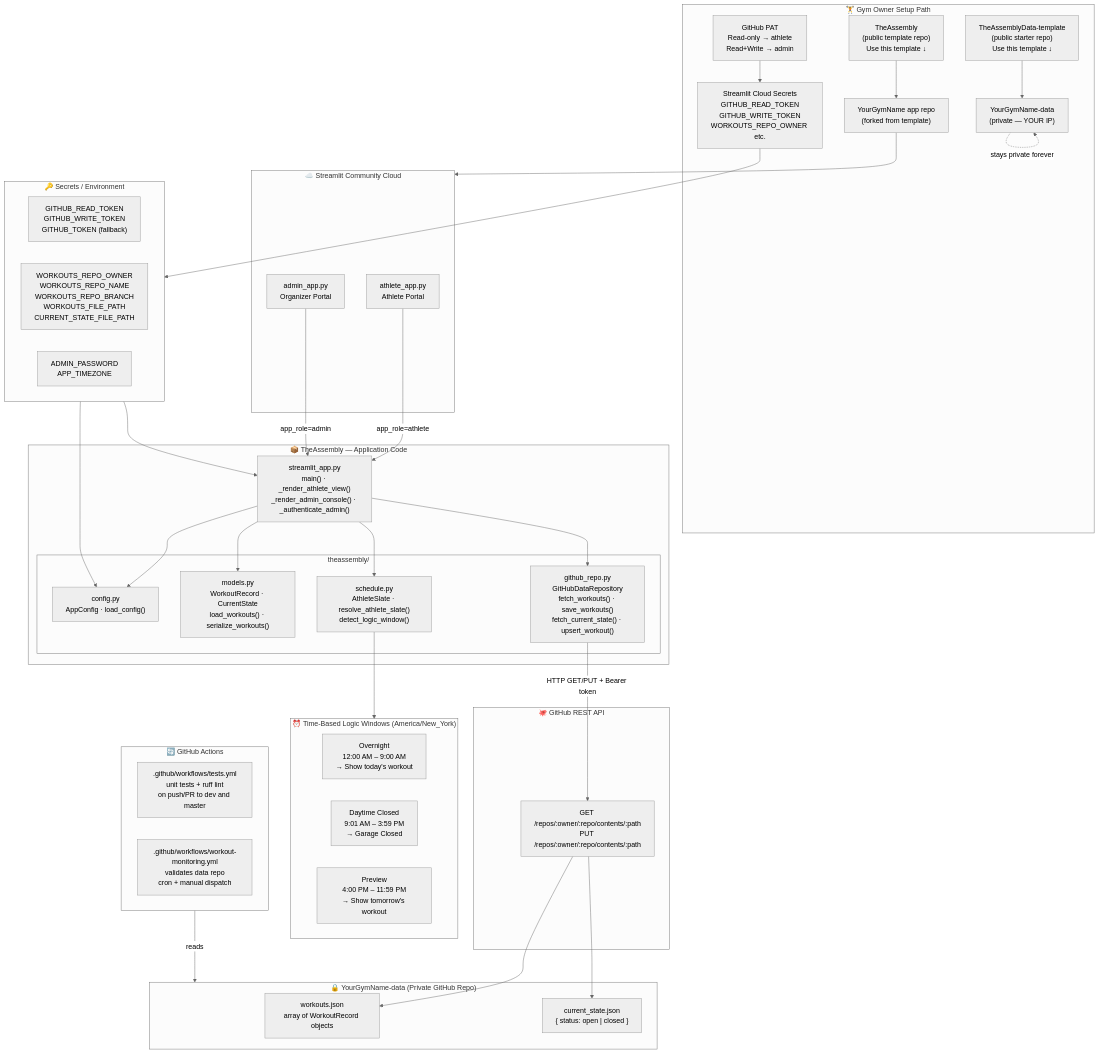
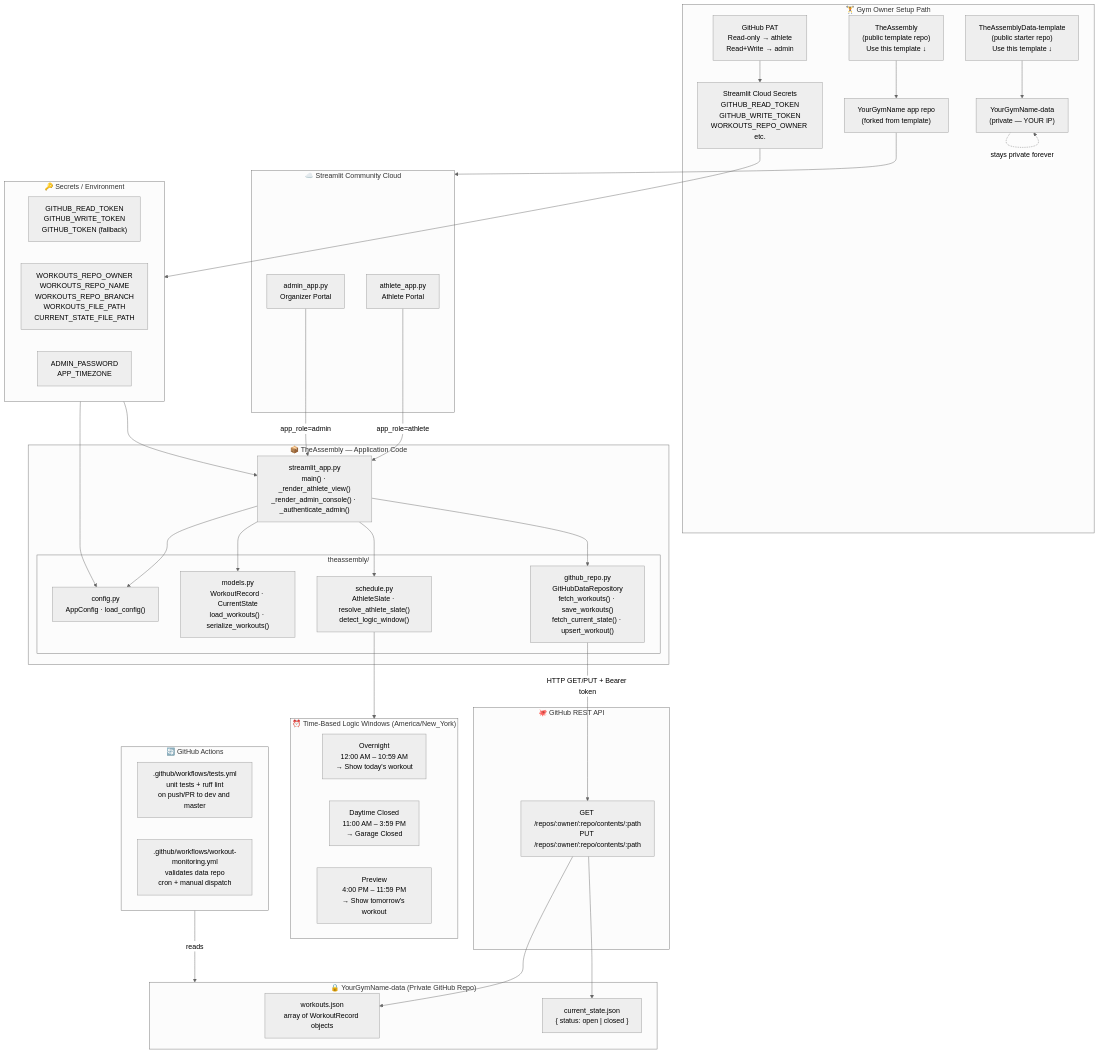
The diagram in README.md (vamsiyadavalli/TheAssembly), drawn with Mermaid (neutral theme) before and after one commit. The commit also changed other lines of this file and 4 other files, not shown here.

````diff
--- a/README.md
+++ b/README.md
@@ -7,72 +7,72 @@
 ```mermaid
 graph TD
     subgraph GymOwnerSetup["🏋️ Gym Owner Setup Path"]
         Template["TheAssembly\n(public template repo)\nUse this template ↓"]
         DataTemplate["TheAssemblyData-template\n(public starter repo)\nUse this template ↓"]
         GymRepo["YourGymName app repo\n(forked from template)"]
         GymData["YourGymName-data\n(private — YOUR IP)"]
         PAT["GitHub PAT\nRead-only → athlete\nRead+Write → admin"]
         StreamlitSecrets["Streamlit Cloud Secrets\nGITHUB_READ_TOKEN\nGITHUB_WRITE_TOKEN\nWORKOUTS_REPO_OWNER etc."]
         Template --> GymRepo
         DataTemplate --> GymData
         PAT --> StreamlitSecrets
         GymData -.->|"stays private forever"| GymData
     end
 
     subgraph StreamlitCloud["☁️ Streamlit Community Cloud"]
         AthleteApp["athlete_app.py\nAthlete Portal"]
         AdminApp["admin_app.py\nOrganizer Portal"]
     end
 
     subgraph TheAssembly["📦 TheAssembly — Application Code"]
         StreamlitApp["streamlit_app.py\nmain() · _render_athlete_view()\n_render_admin_console() · _authenticate_admin()"]
         subgraph Package["theassembly/"]
             Config["config.py\nAppConfig · load_config()"]
             Models["models.py\nWorkoutRecord · CurrentState\nload_workouts() · serialize_workouts()"]
             GHRepo["github_repo.py\nGitHubDataRepository\nfetch_workouts() · save_workouts()\nfetch_current_state() · upsert_workout()"]
             Schedule["schedule.py\nAthleteSlate · resolve_athlete_slate()\ndetect_logic_window()"]
         end
     end
 
     subgraph PrivateDataRepo["🔒 YourGymName-data (Private GitHub Repo)"]
         WorkoutsJSON["workouts.json\narray of WorkoutRecord objects"]
         StateJSON["current_state.json\n{ status: open | closed }"]
     end
 
     subgraph GitHubAPI["🐙 GitHub REST API"]
         ContentsAPI["GET /repos/:owner/:repo/contents/:path\nPUT /repos/:owner/:repo/contents/:path"]
     end
 
     subgraph Secrets["🔑 Secrets / Environment"]
         Tokens["GITHUB_READ_TOKEN\nGITHUB_WRITE_TOKEN\nGITHUB_TOKEN (fallback)"]
         RepoCfg["WORKOUTS_REPO_OWNER\nWORKOUTS_REPO_NAME\nWORKOUTS_REPO_BRANCH\nWORKOUTS_FILE_PATH\nCURRENT_STATE_FILE_PATH"]
         AppCfg["ADMIN_PASSWORD\nAPP_TIMEZONE"]
     end
 
     subgraph TimeLogic["⏰ Time-Based Logic Windows (America/New_York)"]
-        Overnight["Overnight\n12:00 AM – 9:00 AM\n→ Show today's workout"]
-        Closed["Daytime Closed\n9:01 AM – 3:59 PM\n→ Garage Closed"]
+        Overnight["Overnight\n12:00 AM – 10:59 AM\n→ Show today's workout"]
+        Closed["Daytime Closed\n11:00 AM – 3:59 PM\n→ Garage Closed"]
         Preview["Preview\n4:00 PM – 11:59 PM\n→ Show tomorrow's workout"]
     end
 
     subgraph CI["🔄 GitHub Actions"]
         TestsWF[".github/workflows/tests.yml\nunit tests + ruff lint\non push/PR to dev and master"]
         MonitorWF[".github/workflows/workout-monitoring.yml\nvalidates data repo\ncron + manual dispatch"]
     end
 
     GymRepo --> StreamlitCloud
     StreamlitSecrets --> Secrets
     AthleteApp -->|"app_role=athlete"| StreamlitApp
     AdminApp -->|"app_role=admin"| StreamlitApp
     StreamlitApp --> Config
     StreamlitApp --> Models
     StreamlitApp --> GHRepo
     StreamlitApp --> Schedule
     GHRepo -->|"HTTP GET/PUT + Bearer token"| ContentsAPI
     ContentsAPI --> WorkoutsJSON
     ContentsAPI --> StateJSON
     Secrets --> Config
     Secrets --> StreamlitApp
     Schedule --> TimeLogic
     CI -->|"reads"| PrivateDataRepo
 ```
````
